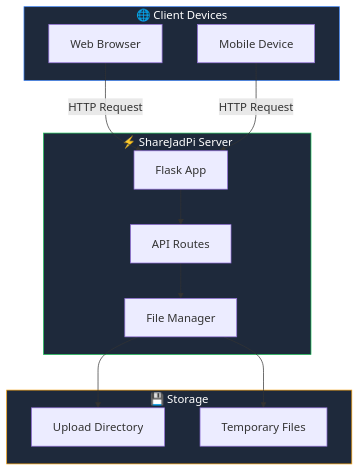
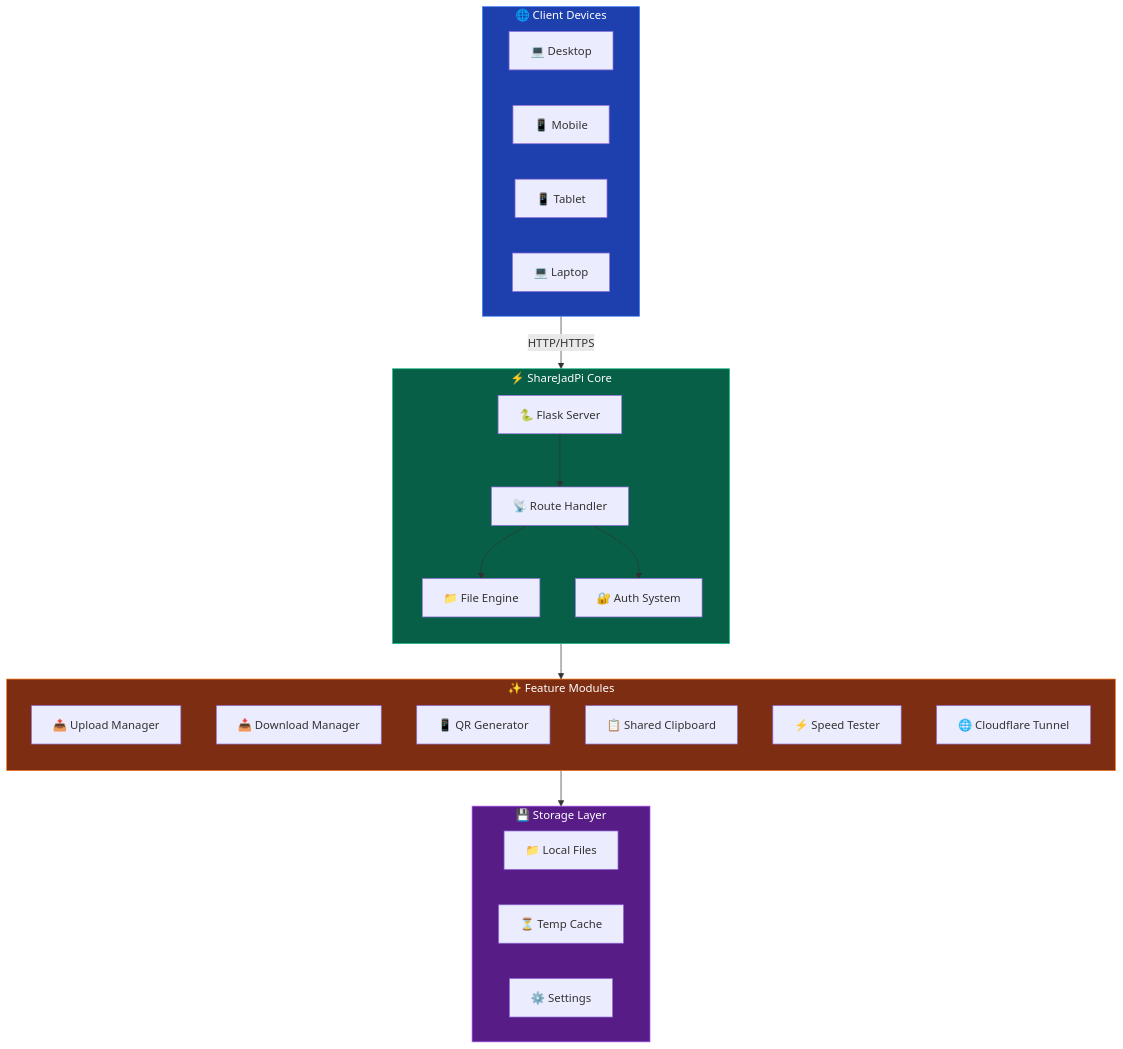
Before and after one commit to hetcharusat/sharejadpi: the first of 2 diagrams in SGP_phase1/docs/index.md, drawn with Mermaid. The commit also changed other lines of this file and 5 other files, not shown here.

````diff
--- a/SGP_phase1/docs/index.md
+++ b/SGP_phase1/docs/index.md
@@ -64,29 +79,47 @@
 ```mermaid
 flowchart TB
-    subgraph Client["🌐 Client Devices"]
-        Browser["Web Browser"]
-        Mobile["Mobile Device"]
+    subgraph Clients["🌐 Client Devices"]
+        direction LR
+        PC["💻 Desktop"]
+        Phone["📱 Mobile"]
+        Tablet["📱 Tablet"]
+        Laptop["💻 Laptop"]
     end
     
-    subgraph Server["⚡ ShareJadPi Server"]
-        Flask["Flask App"]
-        Routes["API Routes"]
-        FileManager["File Manager"]
+    subgraph Core["⚡ ShareJadPi Core"]
+        direction TB
+        Flask["🐍 Flask Server"]
+        Router["📡 Route Handler"]
+        FileEngine["📁 File Engine"]
+        Auth["🔐 Auth System"]
     end
     
-    subgraph Storage["💾 Storage"]
-        UploadDir["Upload Directory"]
-        TempFiles["Temporary Files"]
+    subgraph Features["✨ Feature Modules"]
+        direction TB
+        Upload["📤 Upload Manager"]
+        Download["📥 Download Manager"]  
+        QR["📱 QR Generator"]
+        Clipboard["📋 Shared Clipboard"]
+        Speed["⚡ Speed Tester"]
+        Tunnel["🌐 Cloudflare Tunnel"]
     end
     
-    Browser -->|HTTP Request| Flask
-    Mobile -->|HTTP Request| Flask
-    Flask --> Routes
-    Routes --> FileManager
-    FileManager --> UploadDir
-    FileManager --> TempFiles
+    subgraph Storage["💾 Storage Layer"]
+        direction LR
+        Local["📁 Local Files"]
+        Temp["⏳ Temp Cache"]
+        Config["⚙️ Settings"]
+    end
     
-    style Client fill:#1e293b,stroke:#3b82f6,color:#fff
-    style Server fill:#1e293b,stroke:#22c55e,color:#fff
-    style Storage fill:#1e293b,stroke:#f59e0b,color:#fff
+    Clients -->|"HTTP/HTTPS"| Core
+    Flask --> Router
+    Router --> FileEngine
+    Router --> Auth
+    FileEngine --> Features
+    Features --> Storage
+    
+    style Clients fill:#1e40af,stroke:#3b82f6,color:#fff
+    style Core fill:#065f46,stroke:#10b981,color:#fff
+    style Features fill:#7c2d12,stroke:#f97316,color:#fff
+    style Storage fill:#581c87,stroke:#a855f7,color:#fff
 ```
````
